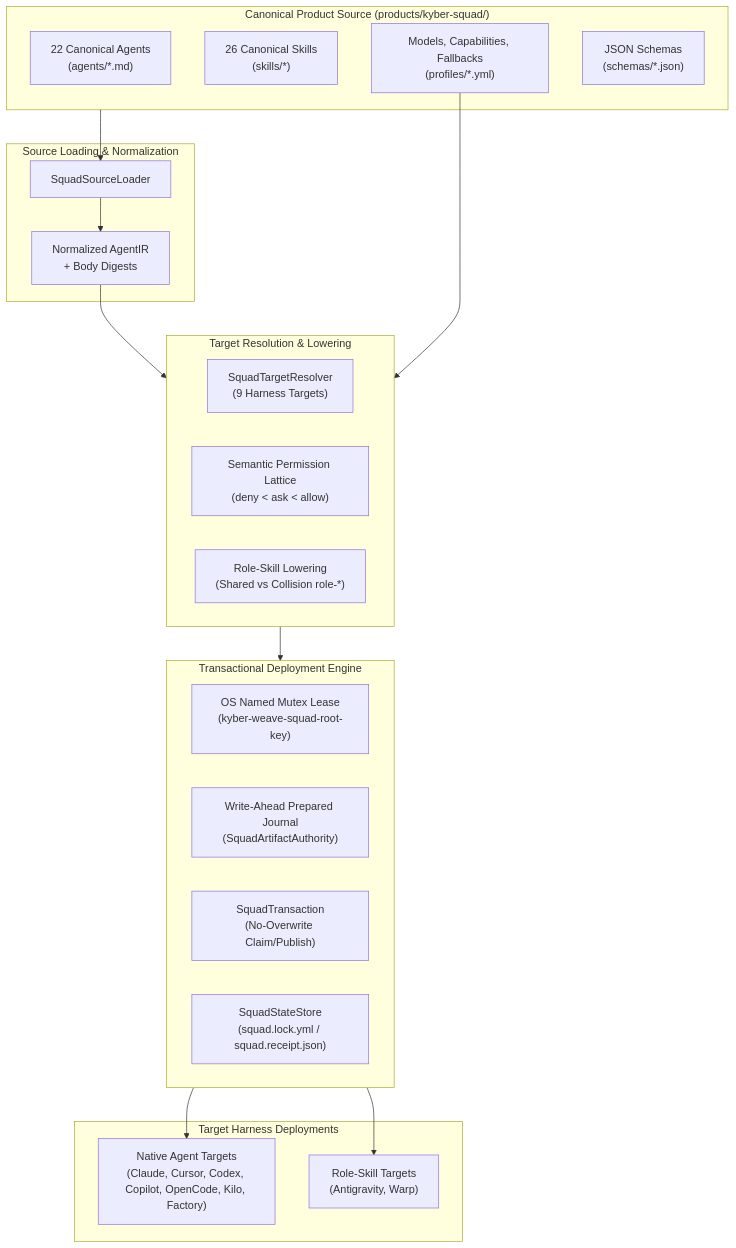
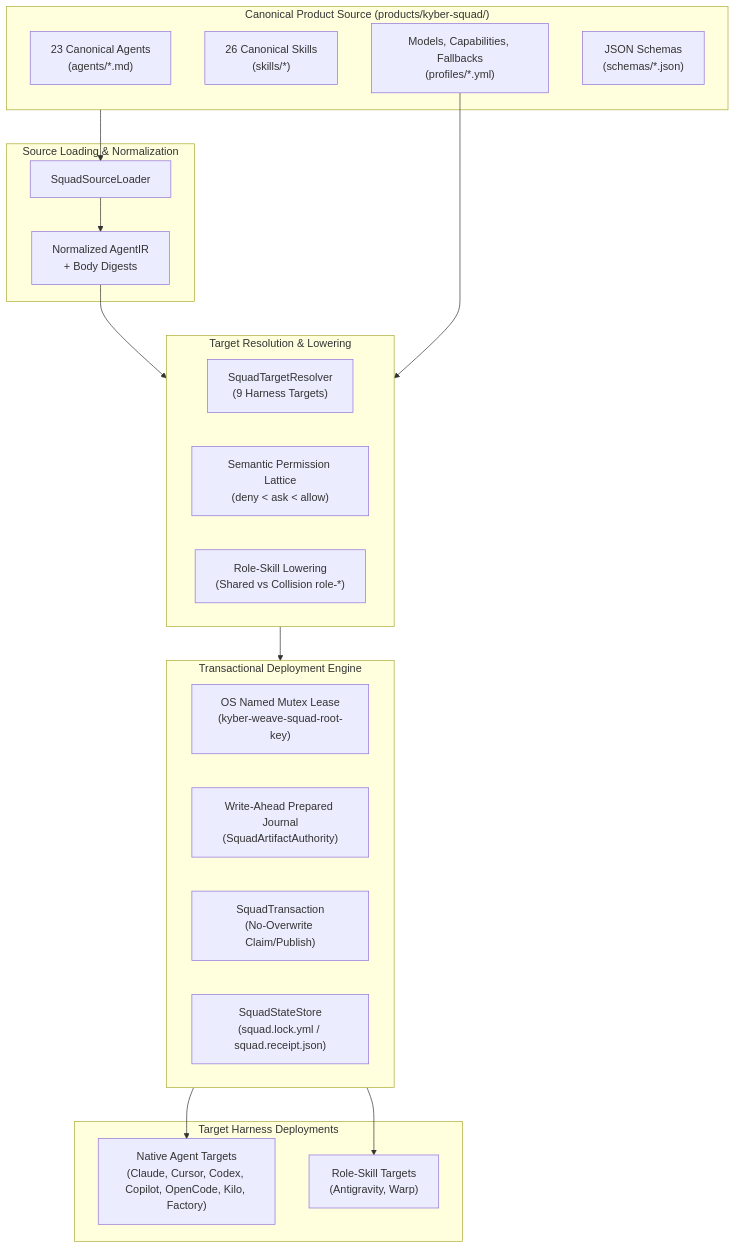
One commit to dpalfery/kyber-weave changed the first of 4 diagrams in docs/kyber-squad/architecture.md. Above: the diagram before and after it, drawn with Mermaid. The commit also changed 56 other files, not shown here.

````diff
--- a/docs/kyber-squad/architecture.md
+++ b/docs/kyber-squad/architecture.md
@@ -33,40 +33,40 @@
 ```mermaid
 flowchart TD
     subgraph CanonicalSource["Canonical Product Source (products/kyber-squad/)"]
-        Agents["22 Canonical Agents\n(agents/*.md)"]
+        Agents["23 Canonical Agents\n(agents/*.md)"]
         Skills["26 Canonical Skills\n(skills/*)"]
         Profiles["Models, Capabilities, Fallbacks\n(profiles/*.yml)"]
         Schemas["JSON Schemas\n(schemas/*.json)"]
     end
 
     subgraph Loader["Source Loading & Normalization"]
         SquadSourceLoader["SquadSourceLoader"]
         AgentIR["Normalized AgentIR\n+ Body Digests"]
     end
 
     subgraph Compiler["Target Resolution & Lowering"]
         SquadTargetResolver["SquadTargetResolver\n(9 Harness Targets)"]
         Lattice["Semantic Permission Lattice\n(deny < ask < allow)"]
         Lowering["Role-Skill Lowering\n(Shared vs Collision role-*)"]
     end
 
     subgraph DeploymentEngine["Transactional Deployment Engine"]
         Mutex["OS Named Mutex Lease\n(kyber-weave-squad-root-key)"]
         Journal["Write-Ahead Prepared Journal\n(SquadArtifactAuthority)"]
         Transaction["SquadTransaction\n(No-Overwrite Claim/Publish)"]
         StateStore["SquadStateStore\n(squad.lock.yml / squad.receipt.json)"]
     end
 
     subgraph TargetHarnesses["Target Harness Deployments"]
         NativeTargets["Native Agent Targets\n(Claude, Cursor, Codex, Copilot, OpenCode, Kilo, Factory)"]
         FallbackTargets["Role-Skill Targets\n(Antigravity, Warp)"]
     end
 
     CanonicalSource --> SquadSourceLoader
     SquadSourceLoader --> AgentIR
     AgentIR --> Compiler
     Profiles --> Compiler
     Compiler --> DeploymentEngine
     DeploymentEngine --> NativeTargets
     DeploymentEngine --> FallbackTargets
 ```
````
